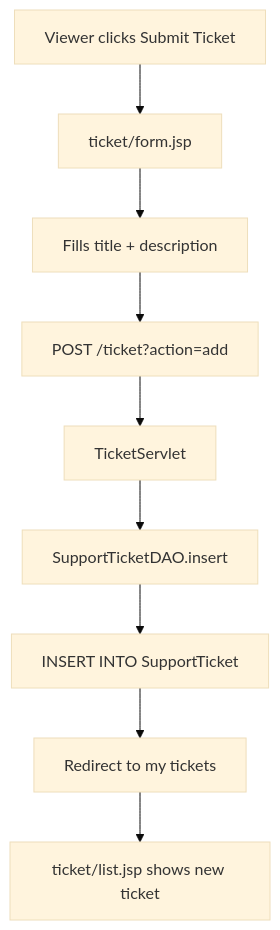
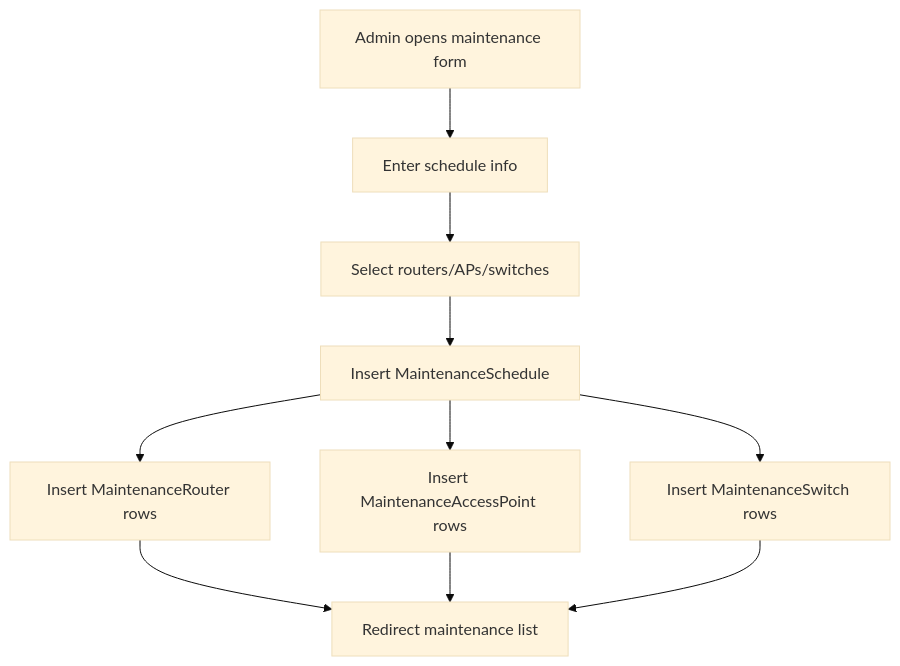
One commit to PhongTCT/PaymentTest changed the fourth of 5 diagrams in PRJ301/05_feature_list.md. Above: the diagram before and after it, drawn with Mermaid (base theme). The commit also changed other lines of this file and 54 other files, not shown here.

````diff
--- a/PRJ301/05_feature_list.md
+++ b/PRJ301/05_feature_list.md
@@ -143,11 +165,12 @@
 ```mermaid
 flowchart TD
-    A[Viewer clicks Submit Ticket] --> B[ticket/form.jsp]
-    B --> C[Fills title + description]
-    C --> D[POST /ticket?action=add]
-    D --> E[TicketServlet]
-    E --> F[SupportTicketDAO.insert]
-    F --> G[INSERT INTO SupportTicket]
-    G --> H[Redirect to my tickets]
-    H --> I[ticket/list.jsp shows new ticket]
+    A[Admin opens maintenance form] --> B[Enter schedule info]
+    B --> C[Select routers/APs/switches]
+    C --> D[Insert MaintenanceSchedule]
+    D --> E[Insert MaintenanceRouter rows]
+    D --> F[Insert MaintenanceAccessPoint rows]
+    D --> G[Insert MaintenanceSwitch rows]
+    E --> H[Redirect maintenance list]
+    F --> H
+    G --> H
 ```
````
